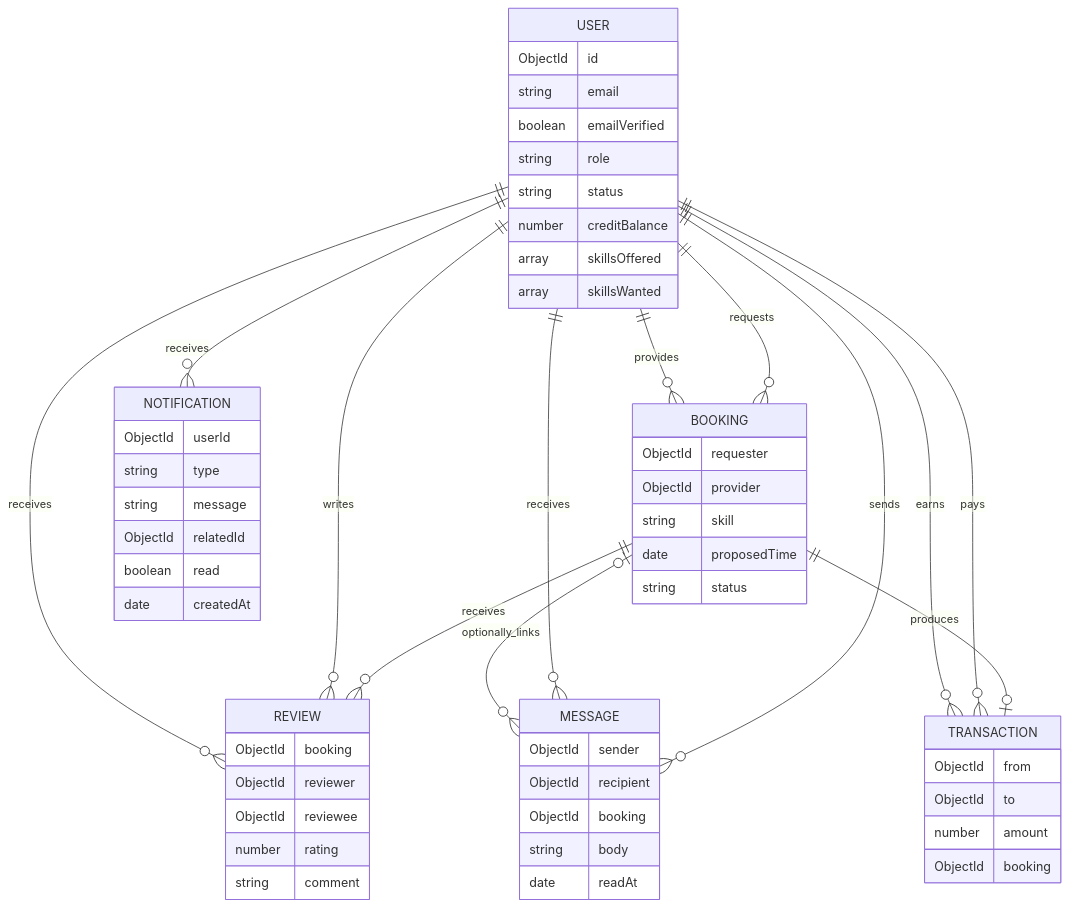
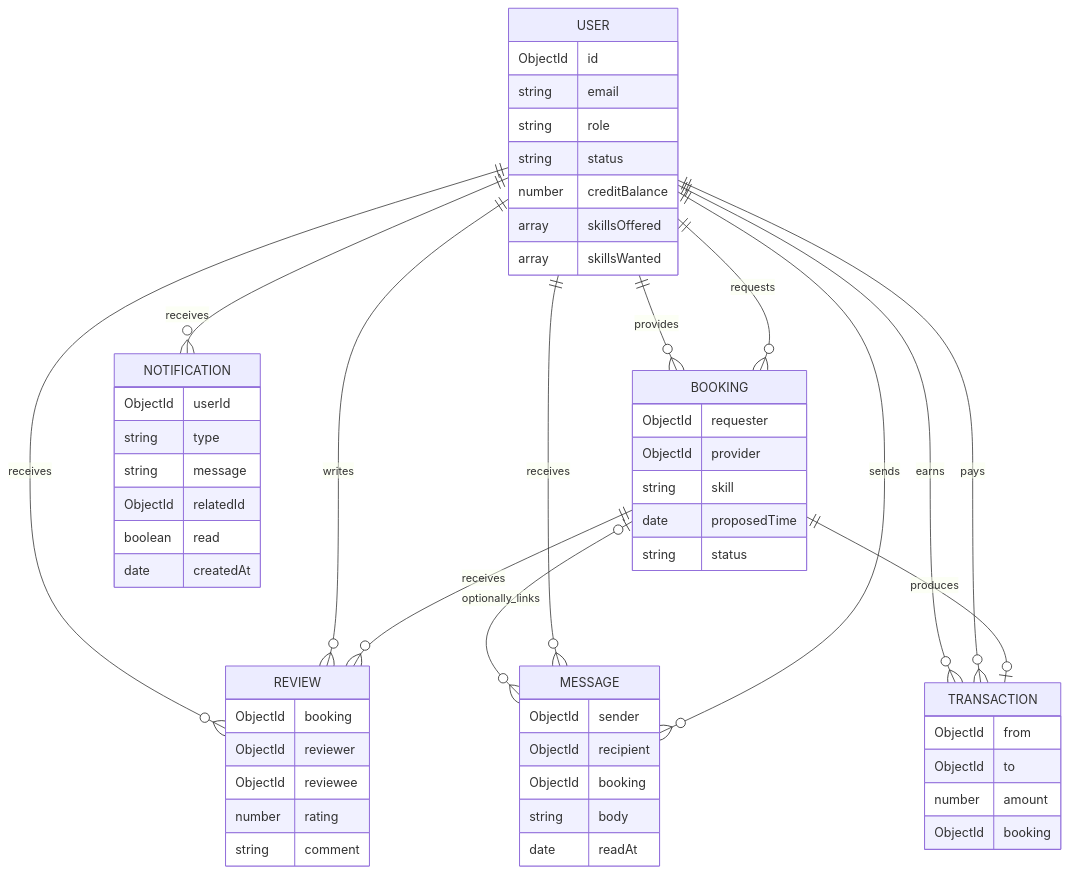
One commit to eeemrann/skillswap changed the fourth of 7 diagrams in README.md. Above: the diagram before and after it, drawn with Mermaid. The commit also changed other lines of this file and 14 other files, not shown here.

````diff
--- a/README.md
+++ b/README.md
@@ -144,61 +144,60 @@
 ```mermaid
 erDiagram
     USER ||--o{ BOOKING : requests
     USER ||--o{ BOOKING : provides
     BOOKING ||--o| TRANSACTION : produces
     BOOKING ||--o{ REVIEW : receives
     USER ||--o{ REVIEW : writes
     USER ||--o{ REVIEW : receives
     USER ||--o{ MESSAGE : sends
     USER ||--o{ MESSAGE : receives
     USER ||--o{ NOTIFICATION : receives
     USER ||--o{ TRANSACTION : pays
     USER ||--o{ TRANSACTION : earns
     BOOKING o|--o{ MESSAGE : optionally_links
 
     USER {
         ObjectId id
         string email
-        boolean emailVerified
         string role
         string status
         number creditBalance
         array skillsOffered
         array skillsWanted
     }
     BOOKING {
         ObjectId requester
         ObjectId provider
         string skill
         date proposedTime
         string status
     }
     TRANSACTION {
         ObjectId from
         ObjectId to
         number amount
         ObjectId booking
     }
     REVIEW {
         ObjectId booking
         ObjectId reviewer
         ObjectId reviewee
         number rating
         string comment
     }
     MESSAGE {
         ObjectId sender
         ObjectId recipient
         ObjectId booking
         string body
         date readAt
     }
     NOTIFICATION {
         ObjectId userId
         string type
         string message
         ObjectId relatedId
         boolean read
         date createdAt
     }
 ```
````
